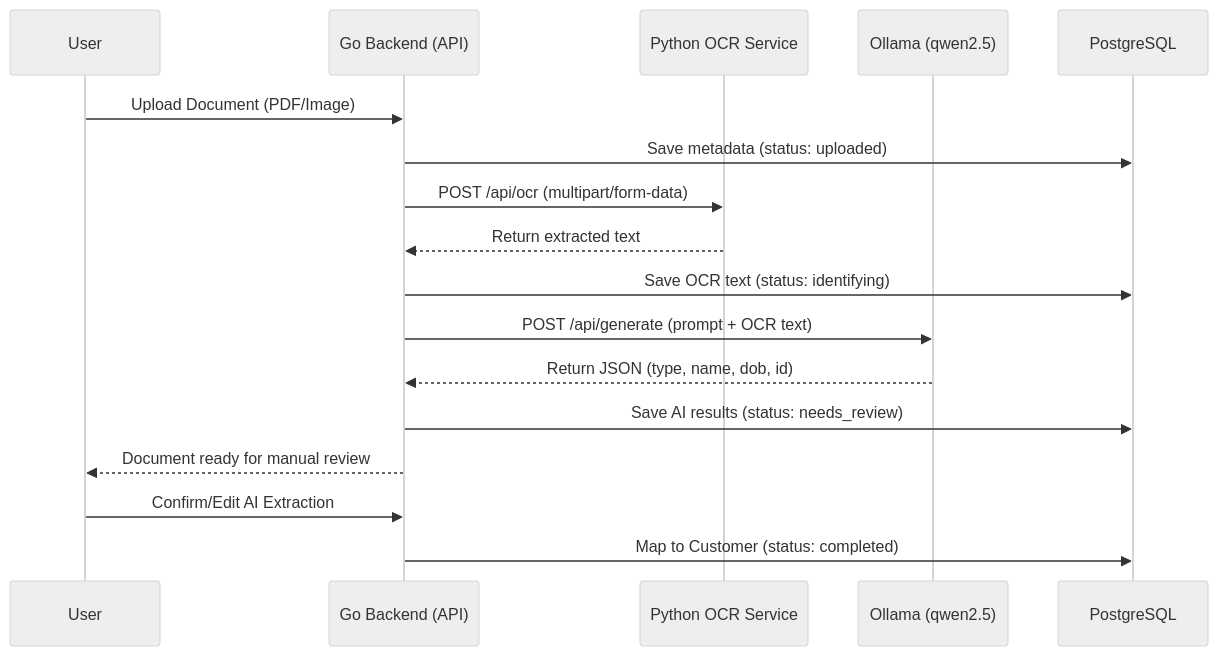
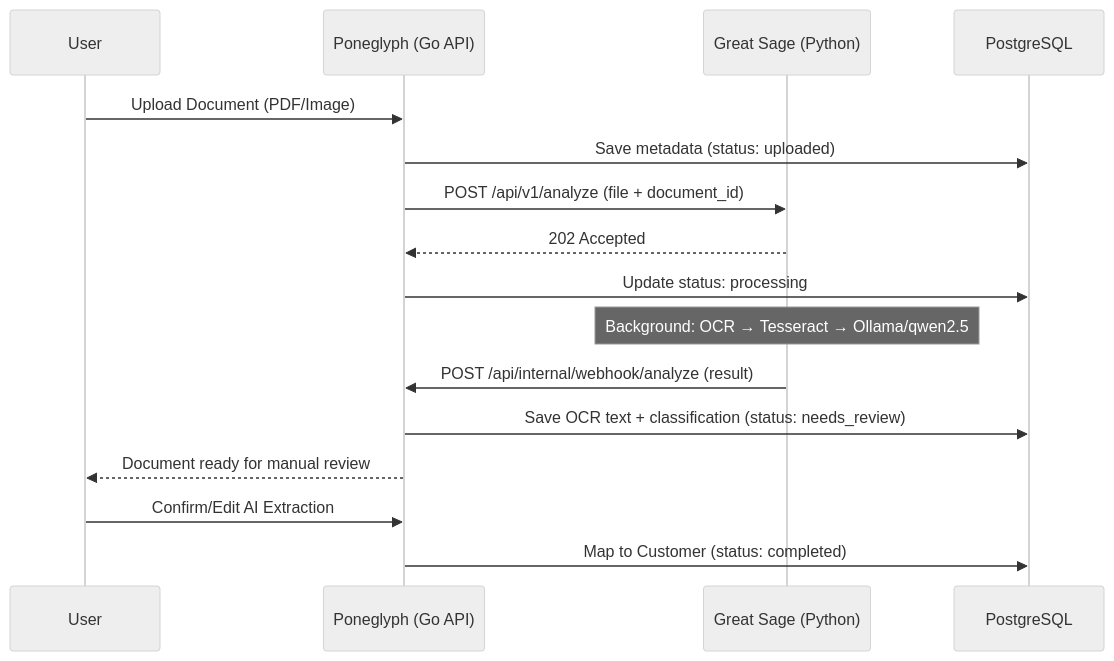
The diagram in README.md (gi-server/poneglyph), drawn with Mermaid (neutral theme) before and after one commit. The commit also changed other lines of this file and 13 other files, not shown here.

Commit message:
feat: integrate Great Sage document intelligence

````diff
--- a/README.md
+++ b/README.md
@@ -39,20 +38,19 @@
 ```mermaid
 sequenceDiagram
     participant User
-    participant GoAPI as Go Backend (API)
-    participant OCR as Python OCR Service
-    participant Ollama as Ollama (qwen2.5)
+    participant GoAPI as Poneglyph (Go API)
+    participant GS as Great Sage (Python)
     participant DB as PostgreSQL
 
     User->>GoAPI: Upload Document (PDF/Image)
     GoAPI->>DB: Save metadata (status: uploaded)
-    GoAPI->>OCR: POST /api/ocr (multipart/form-data)
-    OCR-->>GoAPI: Return extracted text
-    GoAPI->>DB: Save OCR text (status: identifying)
-    GoAPI->>Ollama: POST /api/generate (prompt + OCR text)
-    Ollama-->>GoAPI: Return JSON (type, name, dob, id)
-    GoAPI->>DB: Save AI results (status: needs_review)
+    GoAPI->>GS: POST /api/v1/analyze (file + document_id)
+    GS-->>GoAPI: 202 Accepted
+    GoAPI->>DB: Update status: processing
+    Note over GS: Background: OCR → Tesseract → Ollama/qwen2.5
+    GS->>GoAPI: POST /api/internal/webhook/analyze (result)
+    GoAPI->>DB: Save OCR text + classification (status: needs_review)
     GoAPI-->>User: Document ready for manual review
     User->>GoAPI: Confirm/Edit AI Extraction
     GoAPI->>DB: Map to Customer (status: completed)
 ```
````
